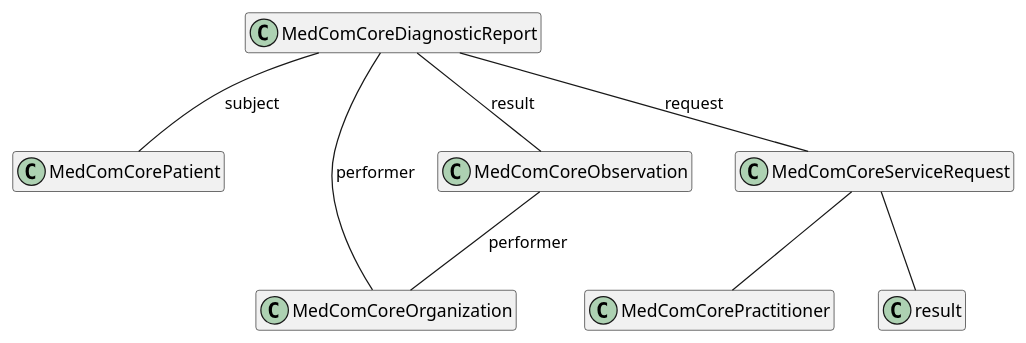
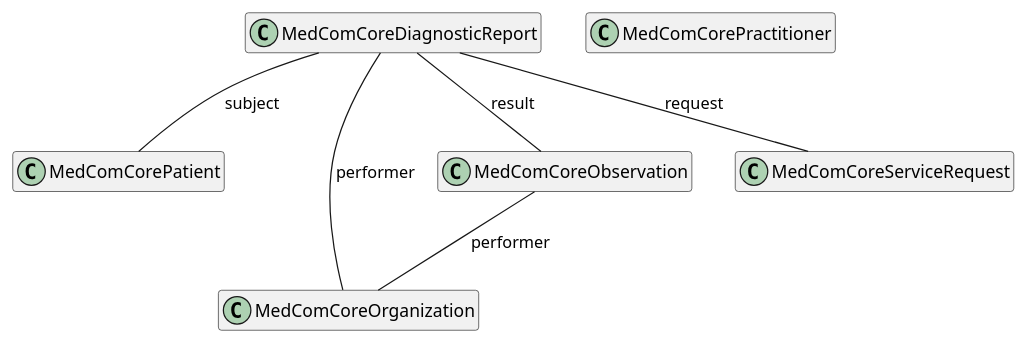
The diagram in puml/CareLaboratory_results.puml (medcomdk/dk_MunicipalityObservationResults), drawn with PlantUML before and after one commit. The commit also changed 1 other file, not shown here.

```diff
--- a/puml/CareLaboratory_results.puml
+++ b/puml/CareLaboratory_results.puml
@@ -1,28 +1,28 @@
 @startuml HomeCareObservations repport 
 
 hide empty members
 
 top to bottom direction
 
 ' class "MedComMessagingMessage" as message
 ' class "MedComMessagingMessageHeader" as messageheader
 ' class "MedComMessagingProvenance" as provenance
 ' class "MedComMessagingOrganization" as messagingOrganization <<MedComCoreOrganization>>
 class "MedComCorePatient" as patient
 class "MedComCorePractitioner" as practitioner
 class "MedComCoreOrganization" as organization
 class "MedComCoreDiagnosticReport" as diagnosticReport
 class "MedComCoreObservation" as observation
 class "MedComCoreServiceRequest" as request
 
 
 
 diagnosticReport -- request: "request"
 diagnosticReport -- observation : "result"
 diagnosticReport -- organization: "performer"
 diagnosticReport -- patient: "subject"
 observation -- organization:"performer"
-request -- practitioner
-request -- result
+
+
 
 @enduml
```
